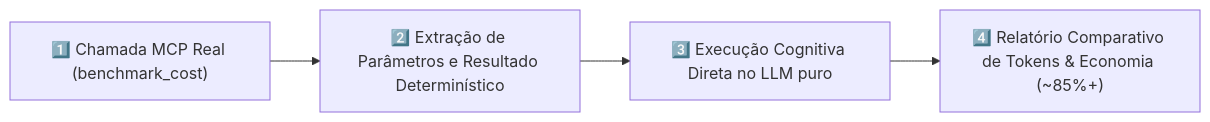
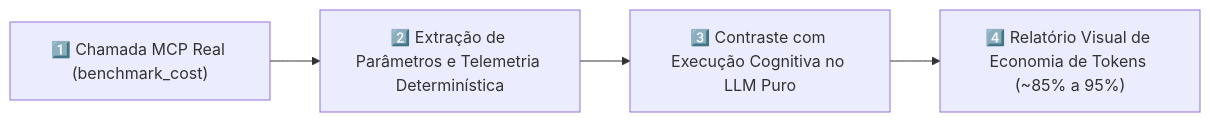
The second of 2 diagrams in README.md (Eduardo-Rezende-MDK/mcp-server-enterprise-blueprint), drawn with Mermaid before and after one commit. The commit also changed other lines of this file and 1 other file, not shown here.

Commit message:
docs: refatora copy do README com tom de Tech Lead, fluxo de setup e limpeza de ruídos

````diff
--- a/README.md
+++ b/README.md
@@ -172,6 +100,6 @@
 ```mermaid
 flowchart LR
-    Step1["1️⃣ Chamada MCP Real (benchmark_cost)"] --> Step2["2️⃣ Extração de Parâmetros e Resultado Determinístico"]
-    Step2 --> Step3["3️⃣ Execução Cognitiva Direta no LLM puro"]
-    Step3 --> Step4["4️⃣ Relatório Comparativo de Tokens & Economia (~85%+)"]
+    Step1["1️⃣ Chamada MCP Real (benchmark_cost)"] --> Step2["2️⃣ Extração de Parâmetros e Telemetria Determinística"]
+    Step2 --> Step3["3️⃣ Contraste com Execução Cognitiva no LLM Puro"]
+    Step3 --> Step4["4️⃣ Relatório Visual de Economia de Tokens (~85% a 95%)"]
 ```
````
